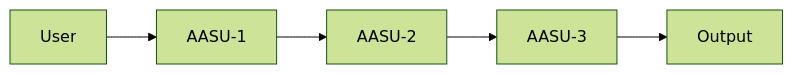
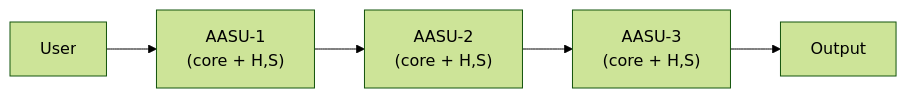
The third of 5 diagrams in docs/whitepapers/AASU_White_Paper_Publish_Ready_v1_2.md (SAISec/AASU), drawn with Mermaid (forest theme) before and after one commit. The commit also changed other lines of this file and 20 other files, not shown here.

````diff
--- a/docs/whitepapers/AASU_White_Paper_Publish_Ready_v1_2.md
+++ b/docs/whitepapers/AASU_White_Paper_Publish_Ready_v1_2.md
@@ -87,7 +89,7 @@
 ``` mermaid
 flowchart LR
-    User --> A1[AASU-1]
-    A1 --> A2[AASU-2]
-    A2 --> A3[AASU-3]
+    User --> A1["AASU-1<br/>(core + H,S)"]
+    A1 --> A2["AASU-2<br/>(core + H,S)"]
+    A2 --> A3["AASU-3<br/>(core + H,S)"]
     A3 --> Output
 ```
````
